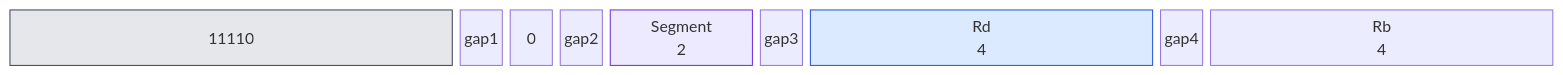
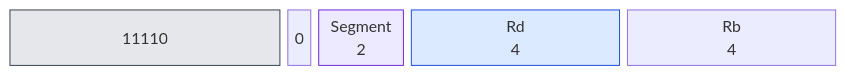
One commit to olfp/Deep16 changed the third of 32 diagrams in book/kap03.md. Above: the diagram before and after it, drawn with Mermaid. The commit also changed other lines of this file and 1 other file, not shown here.

Commit message:
book: Befehlsdiagramme auf einheitliches 31-Spalten-Layout (ohne explizite Gap-Blöcke) bereinigt

````diff
--- a/book/kap03.md
+++ b/book/kap03.md
@@ -90,22 +82,18 @@
 ```mermaid
 block-beta
   columns 31
   classDef op fill:#e5e7eb,stroke:#374151
   classDef reg fill:#dbeafe,stroke:#1d4ed8
   classDef imm fill:#fef3c7,stroke:#b45309
   classDef off fill:#dcfce7,stroke:#15803d
   classDef seg fill:#ede9fe,stroke:#6d28d9
   classDef all fill:#fee2e2,stroke:#b91c1c
   b0["11110"]:9
-  gap1:1
   b1["0"]:1
-  gap2:1
   b2["Segment<br/>2"]:3
-  gap3:1
   b3["Rd<br/>4"]:7
-  gap4:1
   b4["Rb<br/>4"]:7
   class b0 b1 op
   class b2 seg
   class b3 b4 reg
 ```
````
